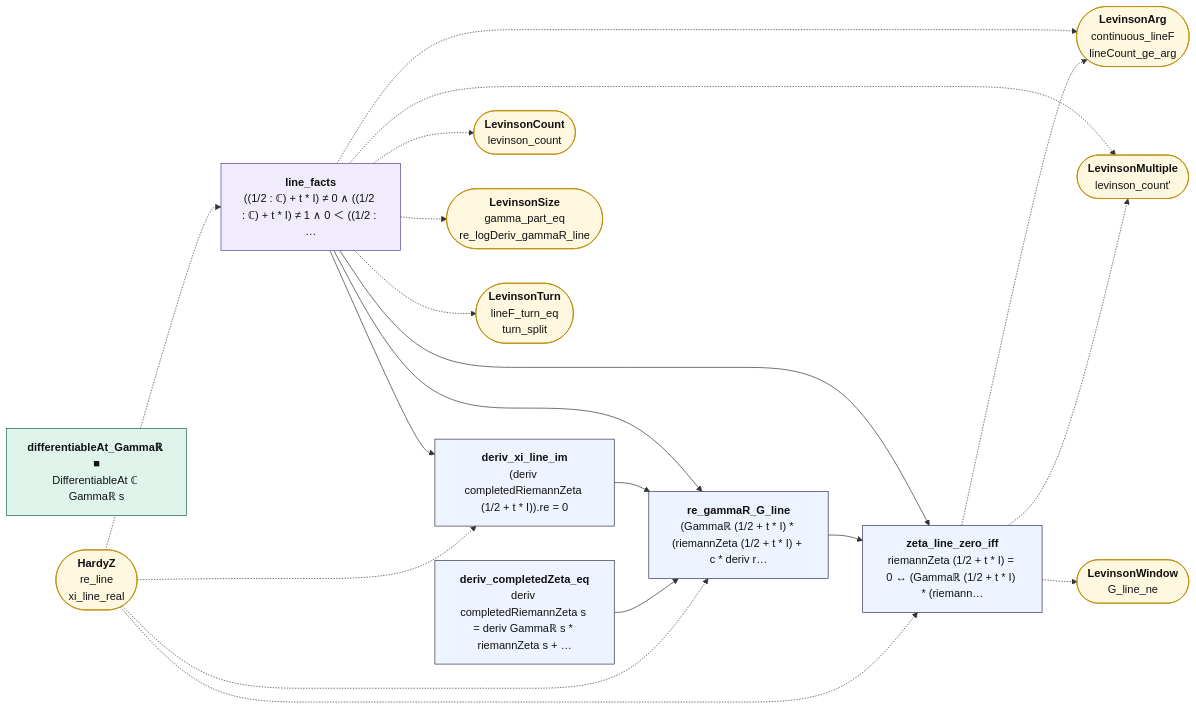
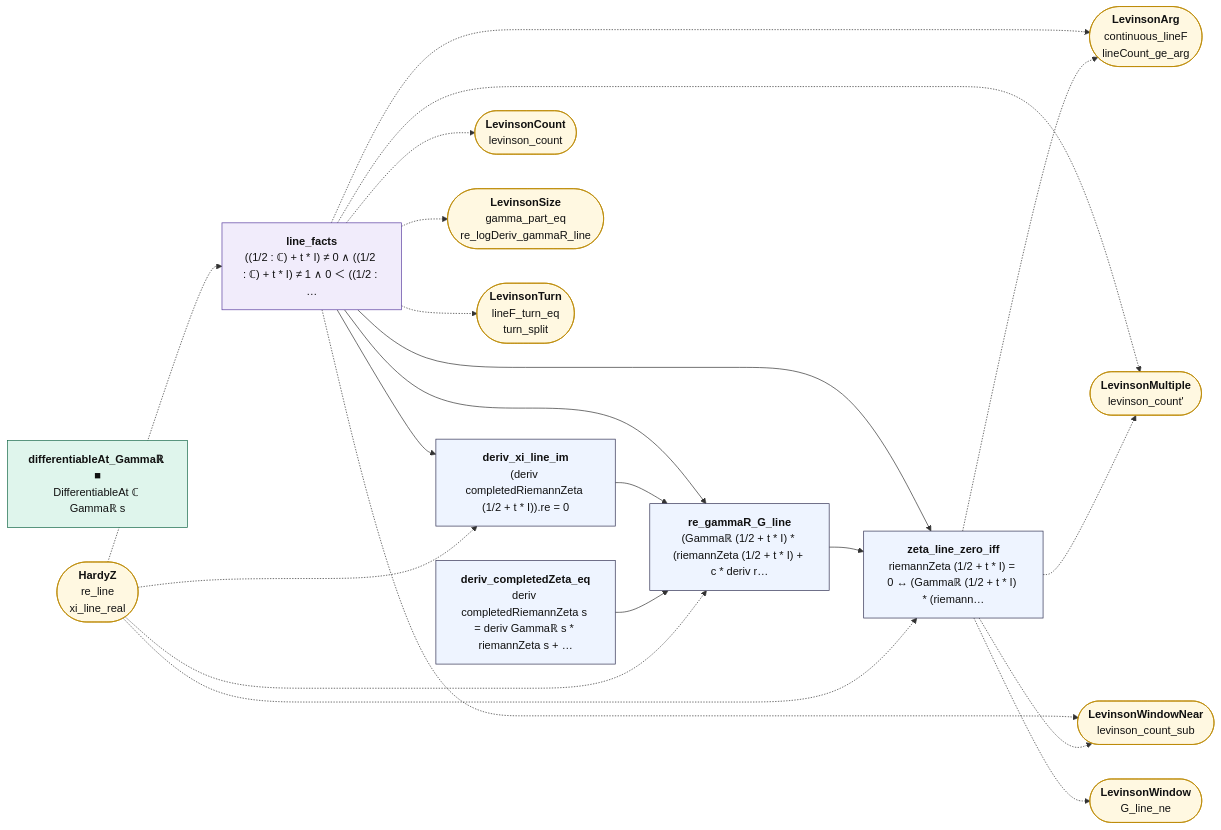
Before and after one commit to juliansambranojr/Primebeat_081426: the diagram in map/lean_stage3/LevinsonLine.md, drawn with Mermaid. The commit also changed other lines of this file and 40 other files, not shown here.

````diff
--- a/map/lean_stage3/LevinsonLine.md
+++ b/map/lean_stage3/LevinsonLine.md
@@ -14,42 +14,45 @@
 ```mermaid
 flowchart LR
   n0["<b>line_facts</b><br/>((1/2 : ℂ) + t * I) ≠ 0 ∧ ((1/2 : ℂ) + t * I) ≠ 1 ∧ 0 ＜ ((1/2 : …"]:::shp
   n1["<b>deriv_xi_line_im</b><br/>(deriv completedRiemannZeta (1/2 + t * I)).re = 0"]:::thm
   n2["<b>differentiableAt_Gammaℝ ■</b><br/>DifferentiableAt ℂ Gammaℝ s"]:::cnt
   n3["<b>deriv_completedZeta_eq</b><br/>deriv completedRiemannZeta s = deriv Gammaℝ s * riemannZeta s + …"]:::thm
   n4["<b>re_gammaR_G_line</b><br/>(Gammaℝ (1/2 + t * I) * (riemannZeta (1/2 + t * I) + c * deriv r…"]:::thm
   n5["<b>zeta_line_zero_iff</b><br/>riemannZeta (1/2 + t * I) = 0 ↔ (Gammaℝ (1/2 + t * I) * (riemann…"]:::thm
   x0(["<b>HardyZ</b><br/>re_line<br/>xi_line_real"]):::ext
   x1(["<b>LevinsonArg</b><br/>continuous_lineF<br/>lineCount_ge_arg"]):::ext
   x2(["<b>LevinsonCount</b><br/>levinson_count"]):::ext
   x3(["<b>LevinsonMultiple</b><br/>levinson_count'"]):::ext
   x4(["<b>LevinsonSize</b><br/>gamma_part_eq<br/>re_logDeriv_gammaR_line"]):::ext
   x5(["<b>LevinsonTurn</b><br/>lineF_turn_eq<br/>turn_split"]):::ext
-  x6(["<b>LevinsonWindow</b><br/>G_line_ne"]):::ext
+  x6(["<b>LevinsonWindowNear</b><br/>levinson_count_sub"]):::ext
+  x7(["<b>LevinsonWindow</b><br/>G_line_ne"]):::ext
   n0 --> n1
   n0 --> n4
   n0 --> n5
   n1 --> n4
   n3 --> n4
   n4 --> n5
   n0 -.-> x1
   n0 -.-> x2
   n0 -.-> x3
   n0 -.-> x4
   n0 -.-> x5
+  n0 -.-> x6
   n5 -.-> x1
   n5 -.-> x3
   n5 -.-> x6
+  n5 -.-> x7
   x0 -.-> n0
   x0 -.-> n1
   x0 -.-> n4
   x0 -.-> n5
   classDef cnt fill:#dff5ec,stroke:#17694a,color:#111
   classDef shp fill:#f1ecfb,stroke:#5b3fa0,color:#111
   classDef rh fill:#ffe5e5,stroke:#c22,color:#111,stroke-width:2px
   classDef thm fill:#eef4ff,stroke:#335,color:#111
   classDef end_ fill:#e7f7e7,stroke:#2a7,color:#111,stroke-width:2px
   classDef lone fill:#fff,stroke:#999,color:#111,stroke-dasharray:4 3
   classDef bad fill:#ffe5e5,stroke:#c22,color:#111,stroke-width:2px
   classDef ext fill:#fff8e1,stroke:#b80,color:#111
 ```
````
